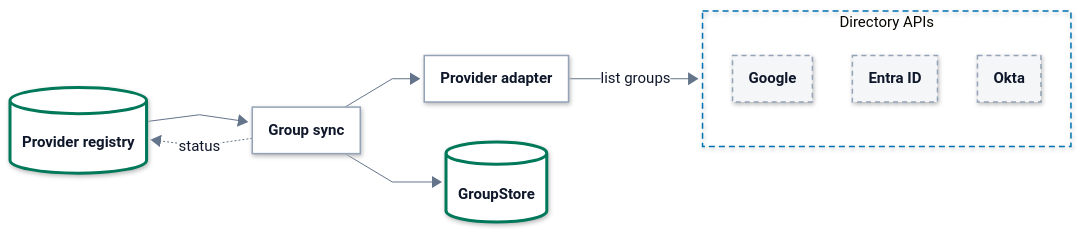
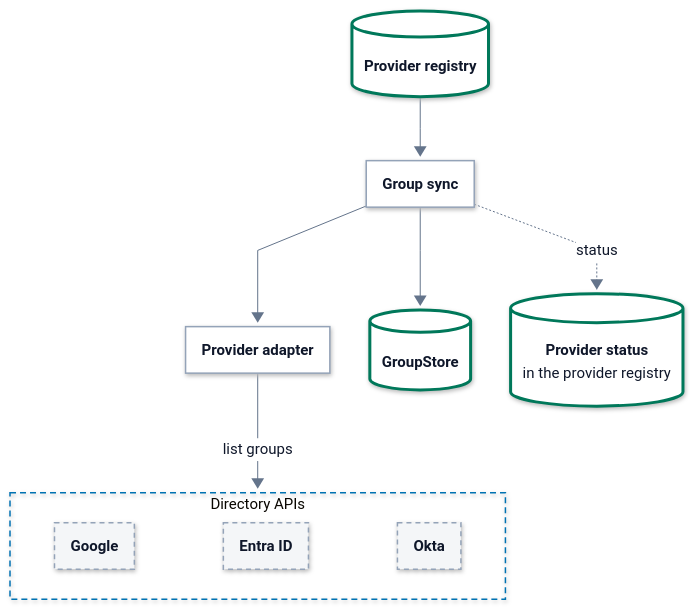
One commit to hyperi-io/dfe-engine changed the fifth of 8 diagrams in docs/control-plane/rbac.md. Above: the diagram before and after it, drawn with Mermaid. The commit also changed other lines of this file and 32 other files, not shown here.

First line of the commit message:
docs(architecture): engine page to the standard, diagrams to 860 px (#1209)

````diff
--- a/docs/control-plane/rbac.md
+++ b/docs/control-plane/rbac.md
@@ -681,7 +681,7 @@
     .ui .label-icon{color:#D9480F}
     .ext .label-icon{color:#64748B}
 ---
-flowchart LR
+flowchart TB
   accTitle: L4 Detail -- OIDC provider sync
   accDescr: The group sync reads a provider from the provider registry, calls the provider's adapter, which lists groups from Google, Entra ID or Okta, and writes groups to the GroupStore. It records the sync's time and status back on the provider.
 
@@ -691,18 +691,24 @@
 
   adapt["<b>Provider adapter</b>"]
   gstore[("<b>GroupStore</b>")]
+  regstat[("<b>Provider status</b><br/><span>in the provider registry</span>")]
 
   subgraph idps["Directory APIs"]
+    direction LR
     google["<b>Google</b>"]
     entra["<b>Entra ID</b>"]
     okta["<b>Okta</b>"]
+    google ~~~ entra ~~~ okta
   end
 
   reg --> sync
   sync --> adapt
   sync --> gstore
   adapt -->|list groups| idps
-  sync -.->|status| reg
+  sync -.->|status| regstat
+  class google,entra,okta ext
+  class reg,gstore,regstat store
+  class sync,adapt part
   classDef ext fill:#F4F6F8,stroke:#94A3B8,stroke-width:1.5px,stroke-dasharray:5 4,color:#0F172A
   classDef ingest fill:#FFFFFF,stroke:#0E8A7D,stroke-width:3px,color:#0F172A
   classDef xform fill:#FFFFFF,stroke:#7B4FB0,stroke-width:3px,color:#0F172A
@@ -714,8 +720,5 @@
   classDef error fill:#FFFFFF,stroke:#C2410C,stroke-width:3px,color:#0F172A
   classDef control fill:#FFFFFF,stroke:#334155,stroke-width:3px,color:#0F172A
   classDef part fill:#FFFFFF,stroke:#94A3B8,stroke-width:1.5px,color:#0F172A
-  class google,entra,okta ext
-  class reg,gstore store
-  class sync,adapt part
   style idps fill:none,stroke:#0072B2,stroke-width:1.5px,stroke-dasharray:6 4
 ```
````
